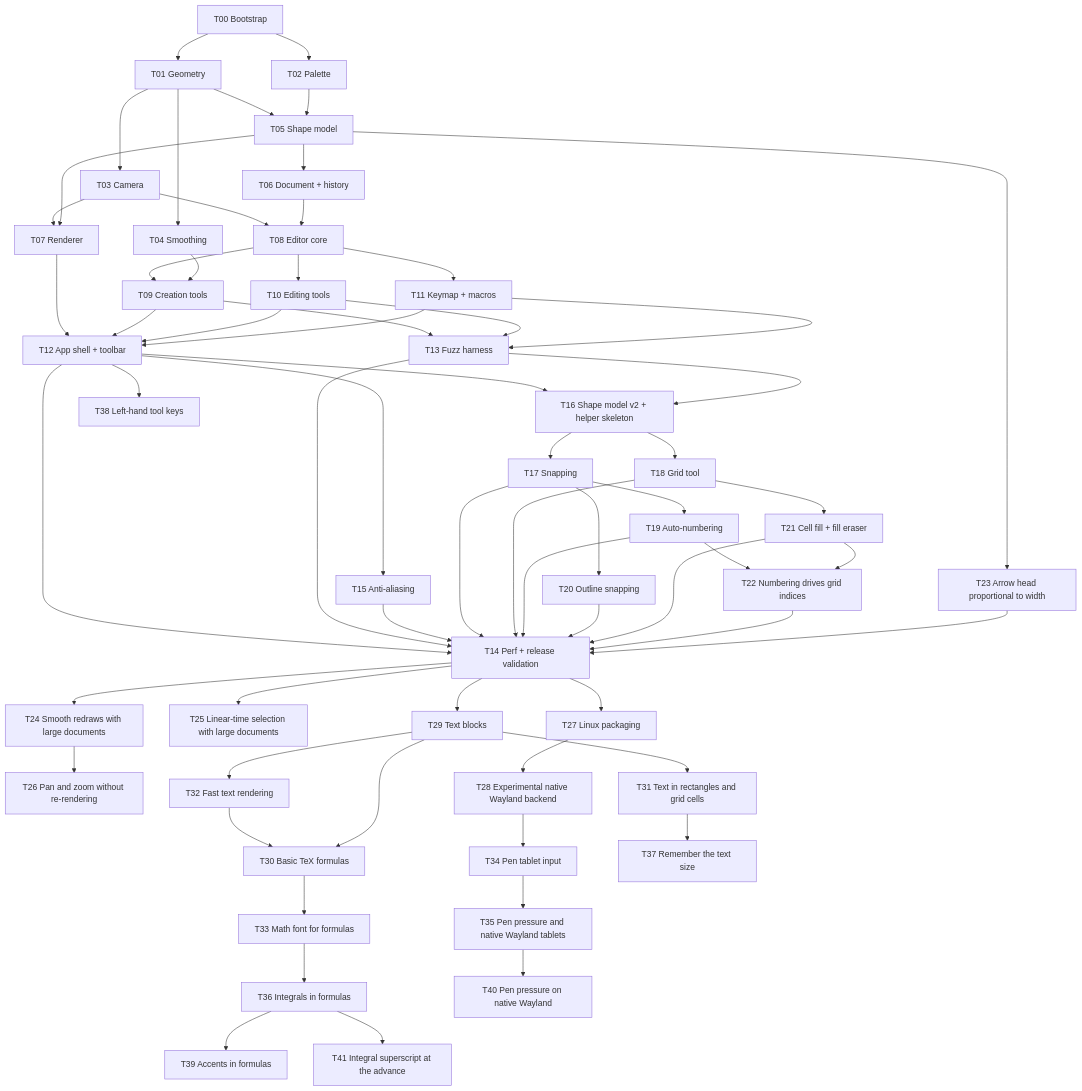
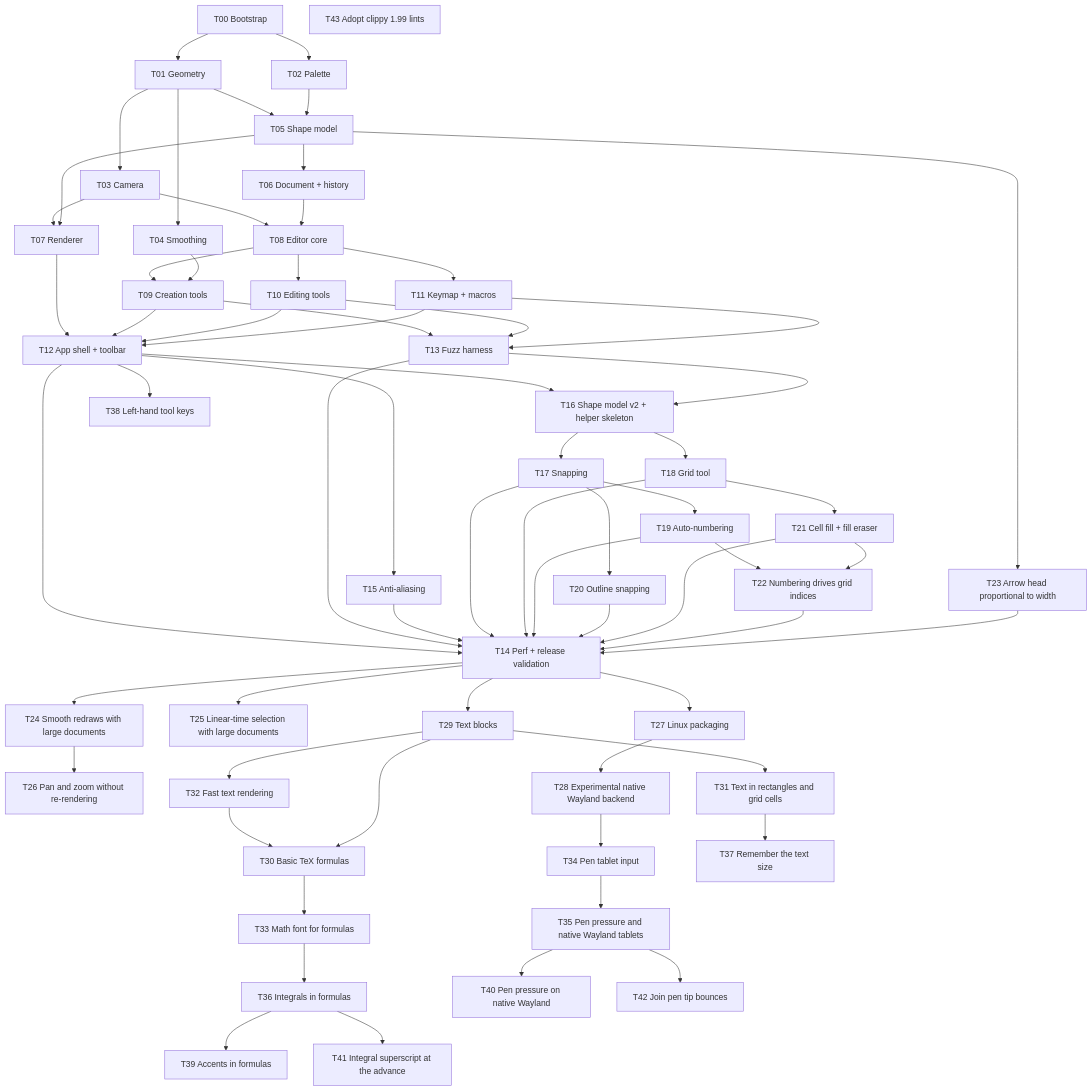
Before and after one commit to UmBender/draw: the diagram in docs/tasks/Task Board.md, drawn with Mermaid. The commit also changed other lines of this file and 5 other files, not shown here.

````diff
--- a/docs/tasks/Task Board.md
+++ b/docs/tasks/Task Board.md
@@ -12,65 +12,67 @@
 ```mermaid
 flowchart TD
   T00[T00 Bootstrap] --> T01[T01 Geometry]
   T00 --> T02[T02 Palette]
   T01 --> T03[T03 Camera]
   T01 --> T04[T04 Smoothing]
   T01 --> T05[T05 Shape model]
   T02 --> T05
   T05 --> T06[T06 Document + history]
   T03 --> T07[T07 Renderer]
   T05 --> T07
   T03 --> T08[T08 Editor core]
   T06 --> T08
   T08 --> T09[T09 Creation tools]
   T04 --> T09
   T08 --> T10[T10 Editing tools]
   T08 --> T11[T11 Keymap + macros]
   T07 --> T12[T12 App shell + toolbar]
   T09 --> T12
   T10 --> T12
   T11 --> T12
   T09 --> T13[T13 Fuzz harness]
   T10 --> T13
   T11 --> T13
   T12 --> T14[T14 Perf + release validation]
   T13 --> T14
   T12 --> T15[T15 Anti-aliasing]
   T12 --> T16[T16 Shape model v2 + helper skeleton]
   T13 --> T16
   T16 --> T17[T17 Snapping]
   T16 --> T18[T18 Grid tool]
   T17 --> T19[T19 Auto-numbering]
   T17 --> T20[T20 Outline snapping]
   T15 --> T14
   T17 --> T14
   T18 --> T14
   T19 --> T14
   T20 --> T14
   T18 --> T21[T21 Cell fill + fill eraser]
   T21 --> T14
   T19 --> T22[T22 Numbering drives grid indices]
   T21 --> T22
   T22 --> T14
   T05 --> T23[T23 Arrow head proportional to width]
   T23 --> T14
   T14 --> T24[T24 Smooth redraws with large documents]
   T14 --> T25[T25 Linear-time selection with large documents]
   T24 --> T26[T26 Pan and zoom without re-rendering]
   T14 --> T27[T27 Linux packaging]
   T27 --> T28[T28 Experimental native Wayland backend]
   T14 --> T29[T29 Text blocks]
   T29 --> T32[T32 Fast text rendering]
   T32 --> T30[T30 Basic TeX formulas]
   T29 --> T30
   T29 --> T31[T31 Text in rectangles and grid cells]
   T30 --> T33[T33 Math font for formulas]
   T28 --> T34[T34 Pen tablet input]
   T34 --> T35[T35 Pen pressure and native Wayland tablets]
   T33 --> T36[T36 Integrals in formulas]
   T31 --> T37[T37 Remember the text size]
   T12 --> T38[T38 Left-hand tool keys]
   T36 --> T39[T39 Accents in formulas]
   T35 --> T40[T40 Pen pressure on native Wayland]
   T36 --> T41[T41 Integral superscript at the advance]
+  T35 --> T42[T42 Join pen tip bounces]
+  T43[T43 Adopt clippy 1.99 lints]
 ```
````
